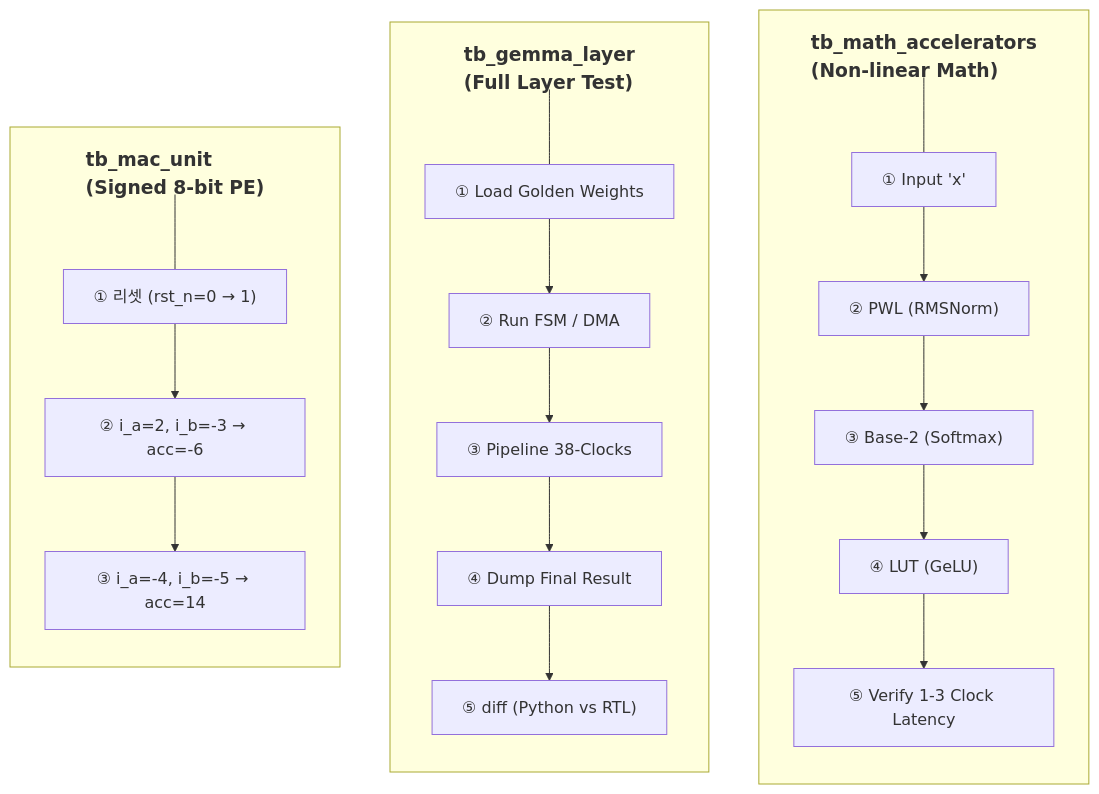
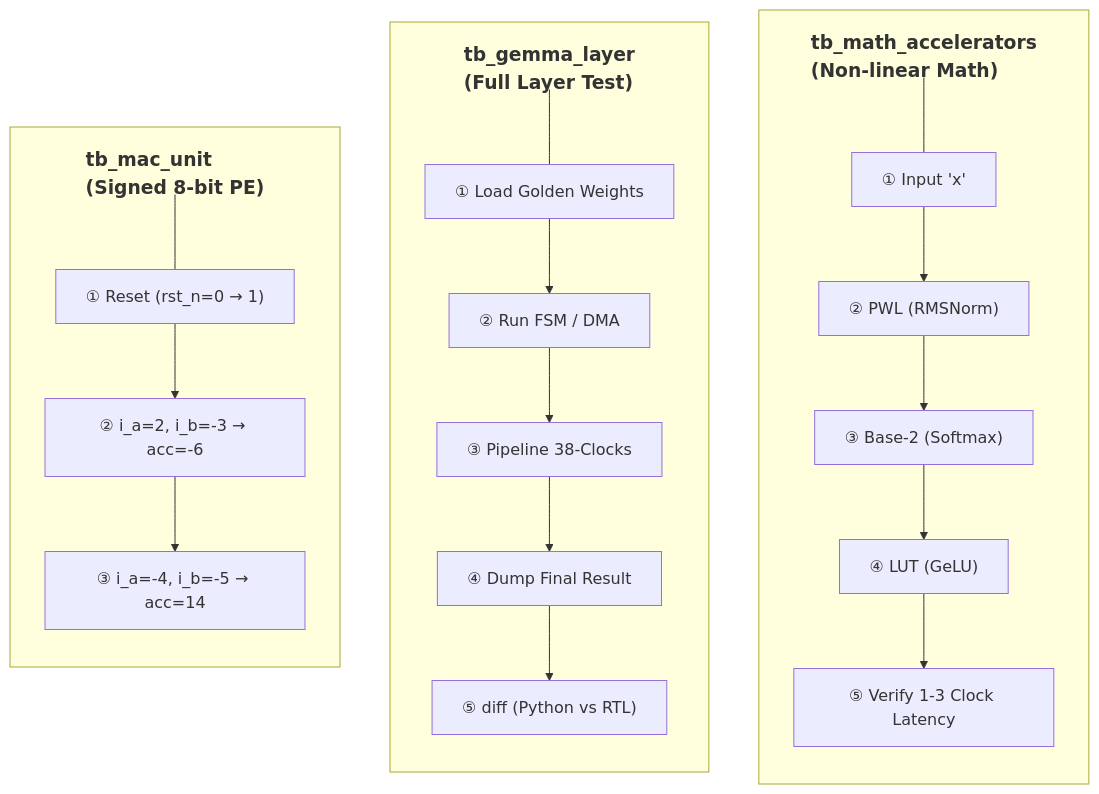
The diagram in Architecture/Testbench.md (hwkim-dev/NPU-FPGA-Transformer-Accelerator-KV260), drawn with Mermaid before and after one commit. The commit also changed other lines of this file and 2 other files, not shown here.

First line of the commit message:
docs: Translate Architecture docs to natural English

````diff
--- a/Architecture/Testbench.md
+++ b/Architecture/Testbench.md
@@ -21,42 +21,42 @@
 ```mermaid
 flowchart LR
-    %% 전체는 가로(1행 3열) 배치
+    %% Arranged horizontally in 3 columns
     
     subgraph tb_mac_unit["<h3>tb_mac_unit<br/>(Signed 8-bit PE)</h3>"]
         direction TB
-        %% 제목과의 간격을 위한 투명 노드
+        %% Transparent node for spacing
         sep1[ ] --- T1
         style sep1 fill:none,stroke:none
         
-        T1["① 리셋 (rst_n=0 → 1)"] --> T2["② i_a=2, i_b=-3 → acc=-6"]
+        T1["① Reset (rst_n=0 → 1)"] --> T2["② i_a=2, i_b=-3 → acc=-6"]
         T2 --> T3["③ i_a=-4, i_b=-5 → acc=14"]
     end
 
     subgraph tb_gemma_layer["<h3>tb_gemma_layer<br/>(Full Layer Test)</h3>"]
         direction TB
-        %% 제목과의 간격을 위한 투명 노드
+        %% Transparent node for spacing
         sep2[ ] --- P1
         style sep2 fill:none,stroke:none
 
         P1["① Load Golden Weights"] --> P2["② Run FSM / DMA"]
         P2 --> P3["③ Pipeline 38-Clocks"]
         P3 --> P4["④ Dump Final Result"]
         P4 --> P5["⑤ diff (Python vs RTL)"]
     end
 
     subgraph tb_math_accelerators["<h3>tb_math_accelerators<br/>(Non-linear Math)</h3>"]
         direction TB
-        %% 제목과의 간격을 위한 투명 노드
+        %% Transparent node for spacing
         sep3[ ] --- S1
         style sep3 fill:none,stroke:none
 
         S1["① Input 'x'"] --> S2["② PWL (RMSNorm)"]
         S2 --> S3["③ Base-2 (Softmax)"]
         S3 --> S4["④ LUT (GeLU)"]
         S4 --> S5["⑤ Verify 1-3 Clock Latency"]
     end
 
-    %% 3열 배치를 유지하기 위한 투명 연결선
+    %% Transparent links to maintain 3-column layout
     tb_mac_unit ~~~ tb_gemma_layer
     tb_gemma_layer ~~~ tb_math_accelerators
 ```
````
